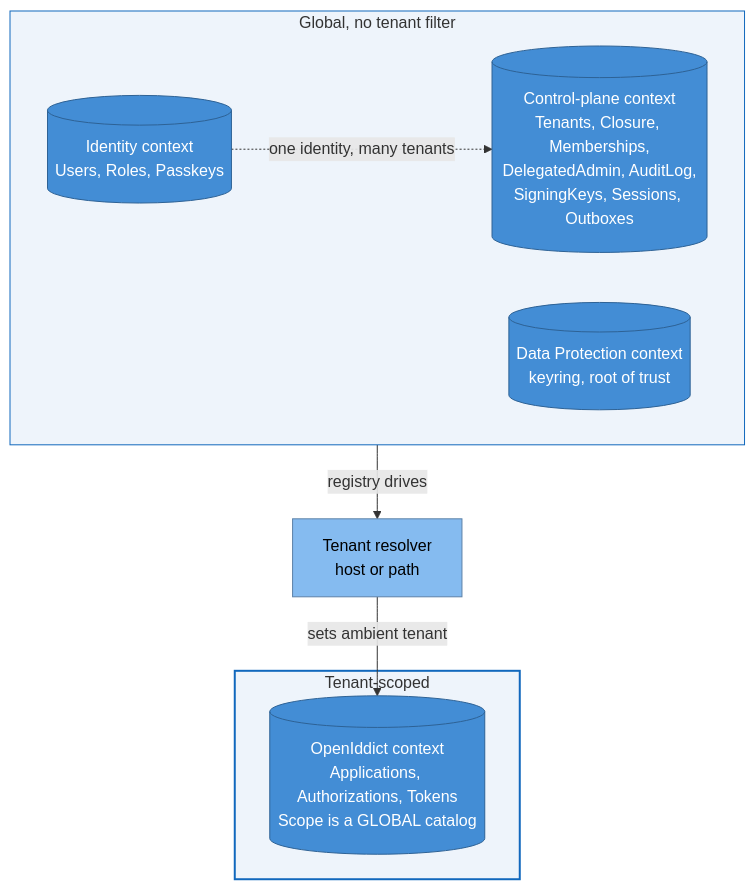
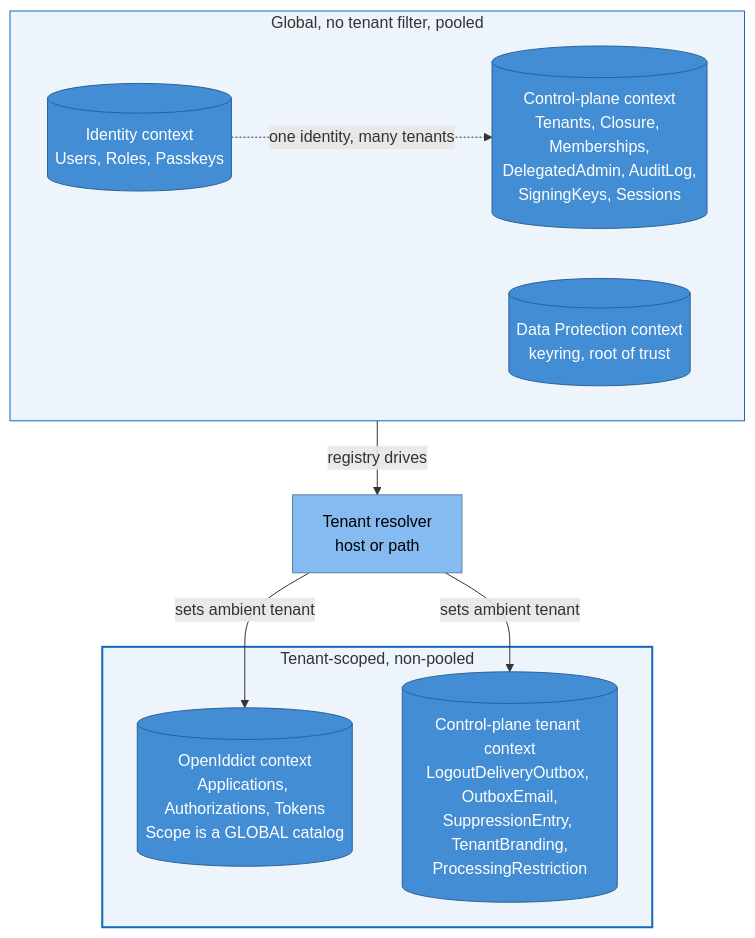
Before and after one commit to namphuongtran/nami: the first of 6 diagrams in docs/architecture/12-data-architecture.md, drawn with Mermaid. The commit also changed other lines of this file and 14 other files, not shown here.

First line of the commit message:
docs: the five tenant-scoped control-plane tables could not have built

````diff
--- a/docs/architecture/12-data-architecture.md
+++ b/docs/architecture/12-data-architecture.md
@@ -34,23 +34,25 @@
 ```mermaid
 graph TB
   res[Tenant resolver<br/>host or path]:::comp
 
-  subgraph TS[Tenant-scoped]
+  subgraph TS[Tenant-scoped, non-pooled]
     oi[(OpenIddict context<br/>Applications, Authorizations, Tokens<br/>Scope is a GLOBAL catalog)]:::store
+    cpt[(Control-plane tenant context<br/>LogoutDeliveryOutbox, OutboxEmail,<br/>SuppressionEntry, TenantBranding,<br/>ProcessingRestriction)]:::store
   end
-  subgraph GL[Global, no tenant filter]
+  subgraph GL[Global, no tenant filter, pooled]
     direction LR
     id[(Identity context<br/>Users, Roles, Passkeys)]:::store
     dp[(Data Protection context<br/>keyring, root of trust)]:::store
-    cp[(Control-plane context<br/>Tenants, Closure, Memberships,<br/>DelegatedAdmin, AuditLog,<br/>SigningKeys, Sessions, Outboxes)]:::store
+    cp[(Control-plane context<br/>Tenants, Closure, Memberships,<br/>DelegatedAdmin, AuditLog,<br/>SigningKeys, Sessions)]:::store
   end
 
   res -->|sets ambient tenant| oi
+  res -->|sets ambient tenant| cpt
   cp -->|registry drives| res
   id -.->|one identity, many tenants| cp
 
   classDef comp fill:#85bbf0,stroke:#5d82a8,color:#000000
   classDef store fill:#438dd5,stroke:#2e6295,color:#ffffff
   style TS fill:#eef4fb,stroke:#1168bd,stroke-width:2px
   style GL fill:#eef4fb,stroke:#1168bd,stroke-width:1px
 ```
````
